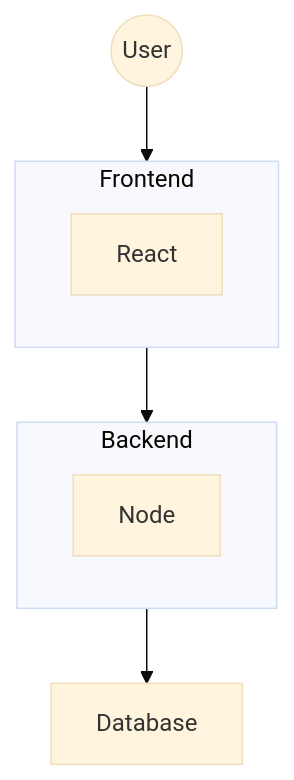
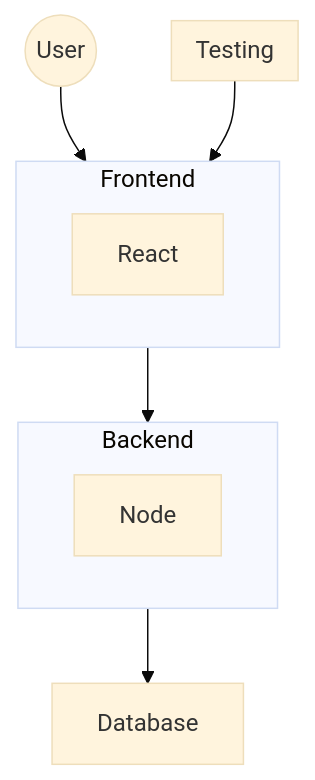
Before and after one commit to OfficialApurvChatur/POC03-ReactNodeSetup: the diagram in Readme.md, drawn with Mermaid (base theme). The commit also changed other lines of this file and 9 other files, not shown here.

````diff
--- a/Readme.md
+++ b/Readme.md
@@ -4,18 +4,22 @@
 ```mermaid
   flowchart
     User(("User"))
     
     subgraph Frontend["Frontend"]
       React["React"]
     end
-    
     subgraph Backend["Backend"]
       Node["Node"]
     end
 
+    subgraph Testing["Testing"]
+      
+    end
+    
     Database["Database"]
 
     User --> Frontend
+    Testing --> Frontend
     Frontend --> Backend
     Backend --> Database
 ```
````
